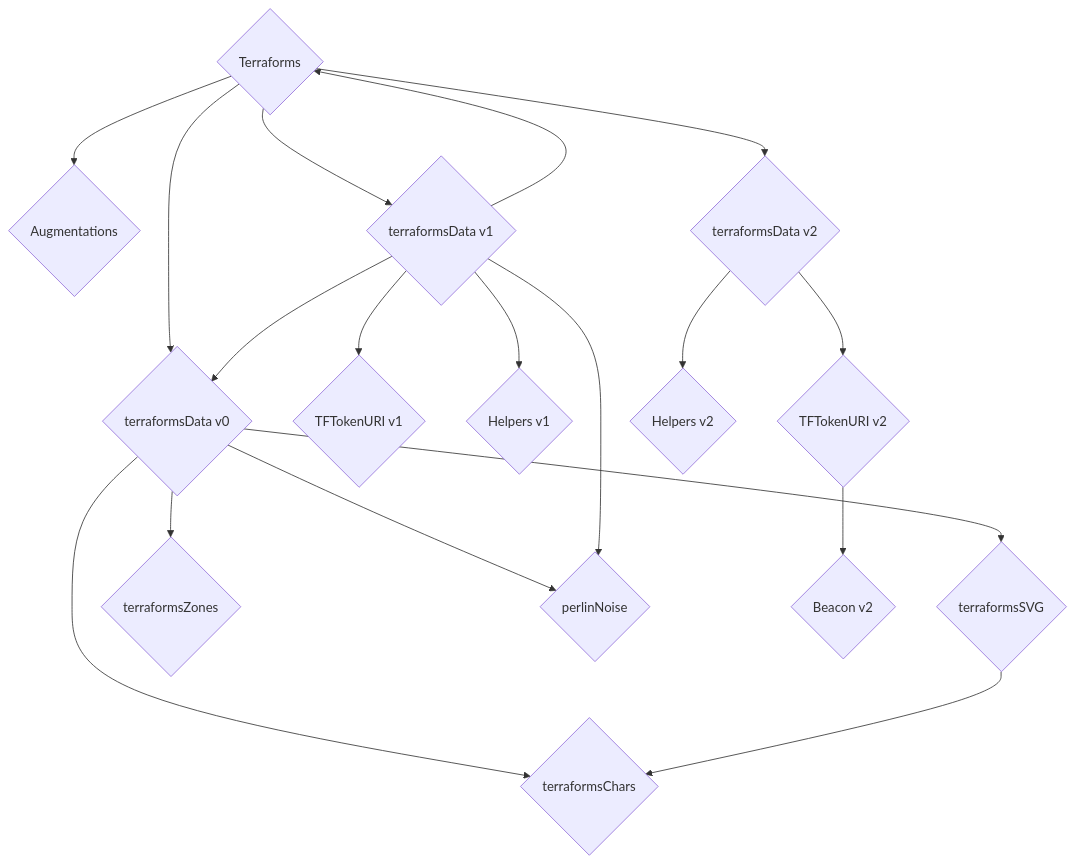
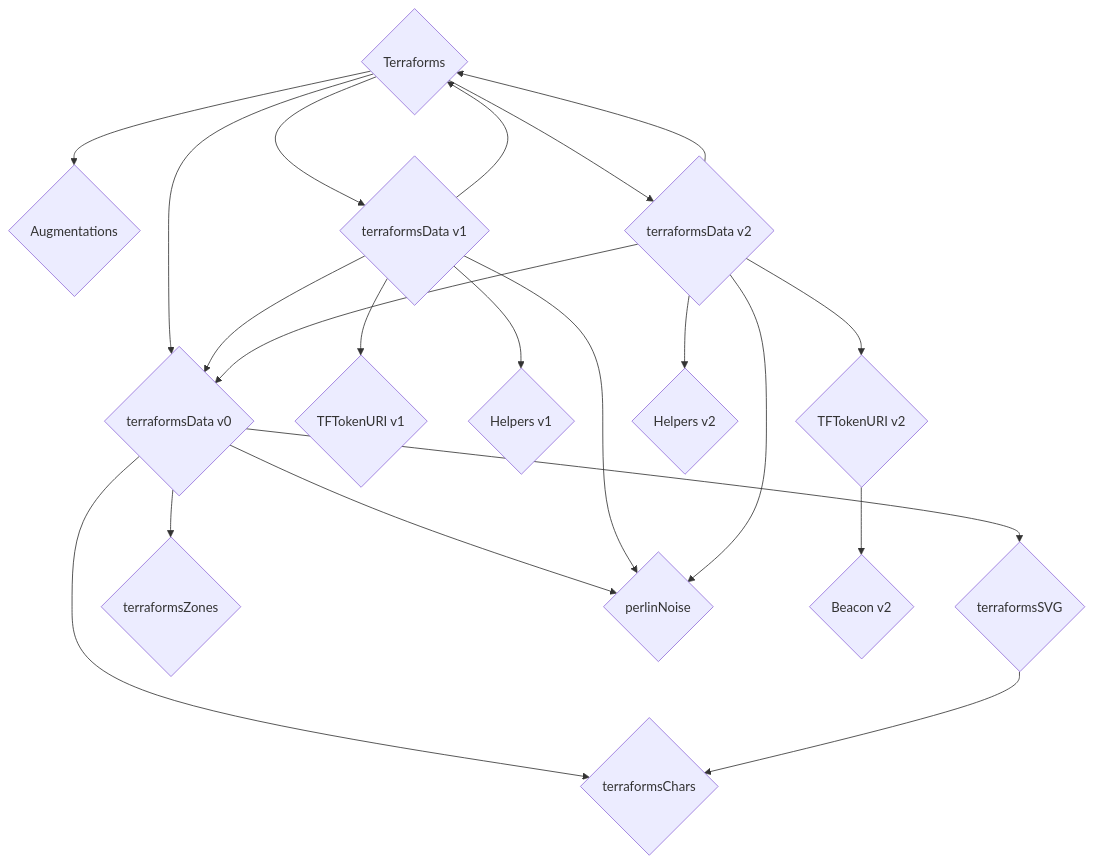
The first of 2 diagrams in contracts/Terraforms.md (thebadcc/terraform-docs), drawn with Mermaid before and after one commit.

````diff
--- a/contracts/Terraforms.md
+++ b/contracts/Terraforms.md
@@ -22,20 +22,23 @@
 ```mermaid
 graph TD
     A{Terraforms} --> B{Augmentations}
     A --> C{terraformsData v0}
     A --> D{terraformsData v1}
     A --> E{terraformsData v2}
     C --> F{terraformsSVG}
     C --> G{terraformsChars}
     C --> H{terraformsZones}
     C --> I{perlinNoise}
     D --> J{TFTokenURI v1}
     D --> K{Helpers v1}
     E --> L{TFTokenURI v2}
     E --> M{Helpers v2}
     F --> G
     L --> N{Beacon v2}
     D --> A
     D --> I
     D --> C
+    E --> A
+    E --> I
+    E --> C
 ```
````
